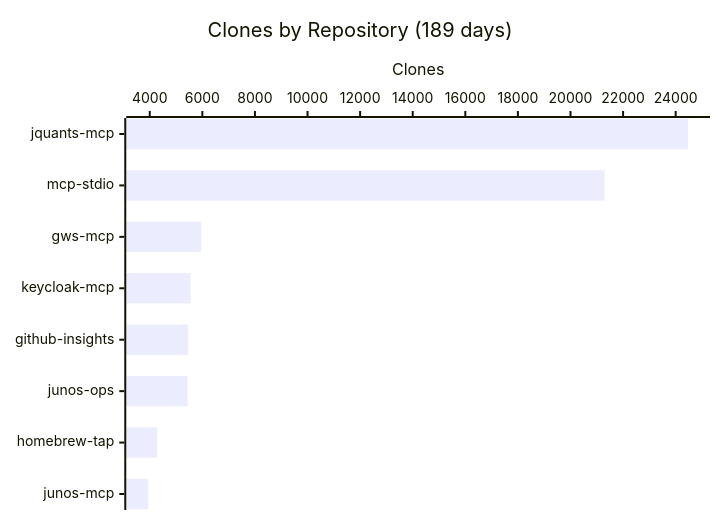
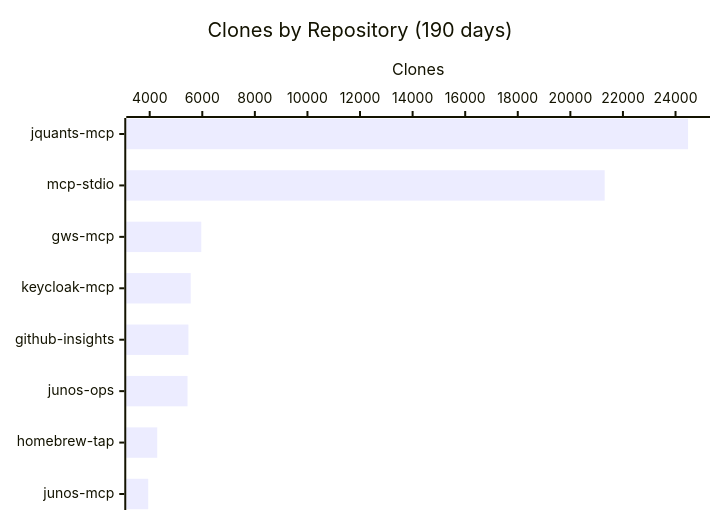
Before and after one commit to shigechika/github-insights: the fourth of 4 diagrams in README.md, drawn with Mermaid. The commit also changed other lines of this file and 2 other files, not shown here.

````diff
--- a/README.md
+++ b/README.md
@@ -58,7 +58,7 @@
 ```mermaid
 xychart-beta horizontal
-    title "Clones by Repository (189 days)"
+    title "Clones by Repository (190 days)"
     x-axis ["jquants-mcp", "mcp-stdio", "gws-mcp", "keycloak-mcp", "github-insights", "junos-ops", "homebrew-tap", "junos-mcp"]
     y-axis "Clones"
-    bar [24471, 21294, 5957, 5557, 5464, 5438, 4285, 3941]
+    bar [24477, 21305, 5961, 5561, 5472, 5438, 4287, 3943]
 ```
````
